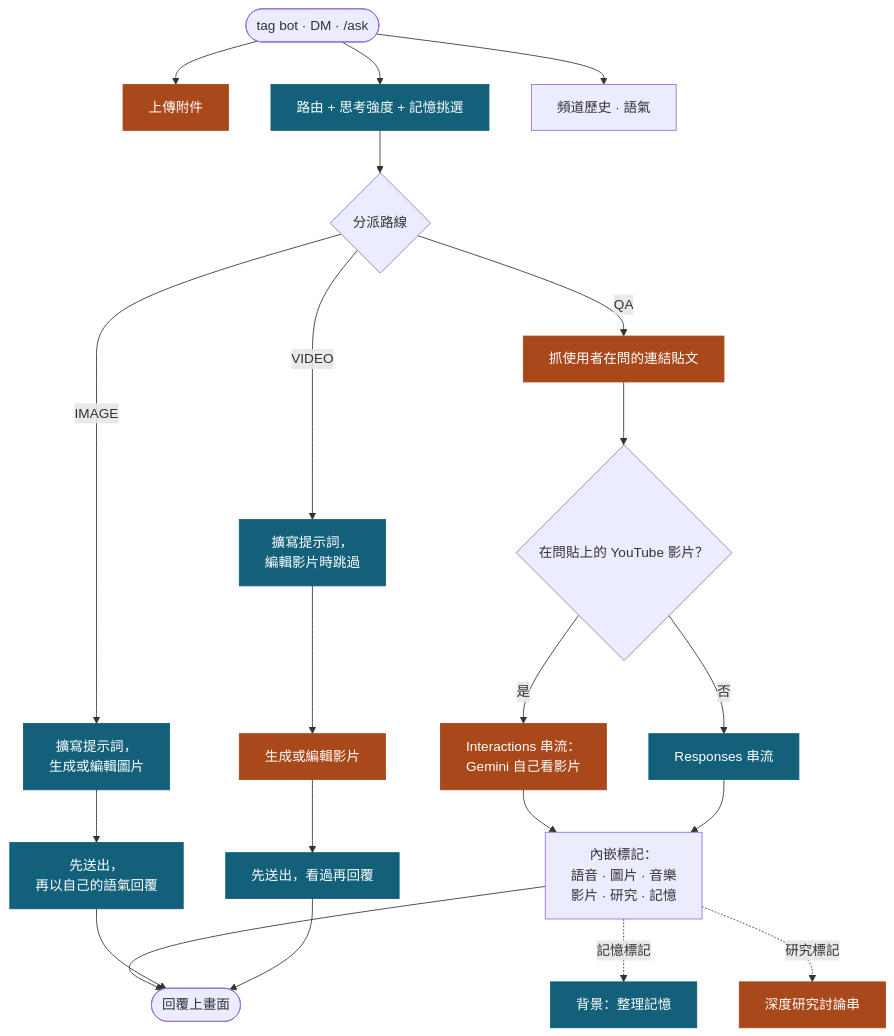
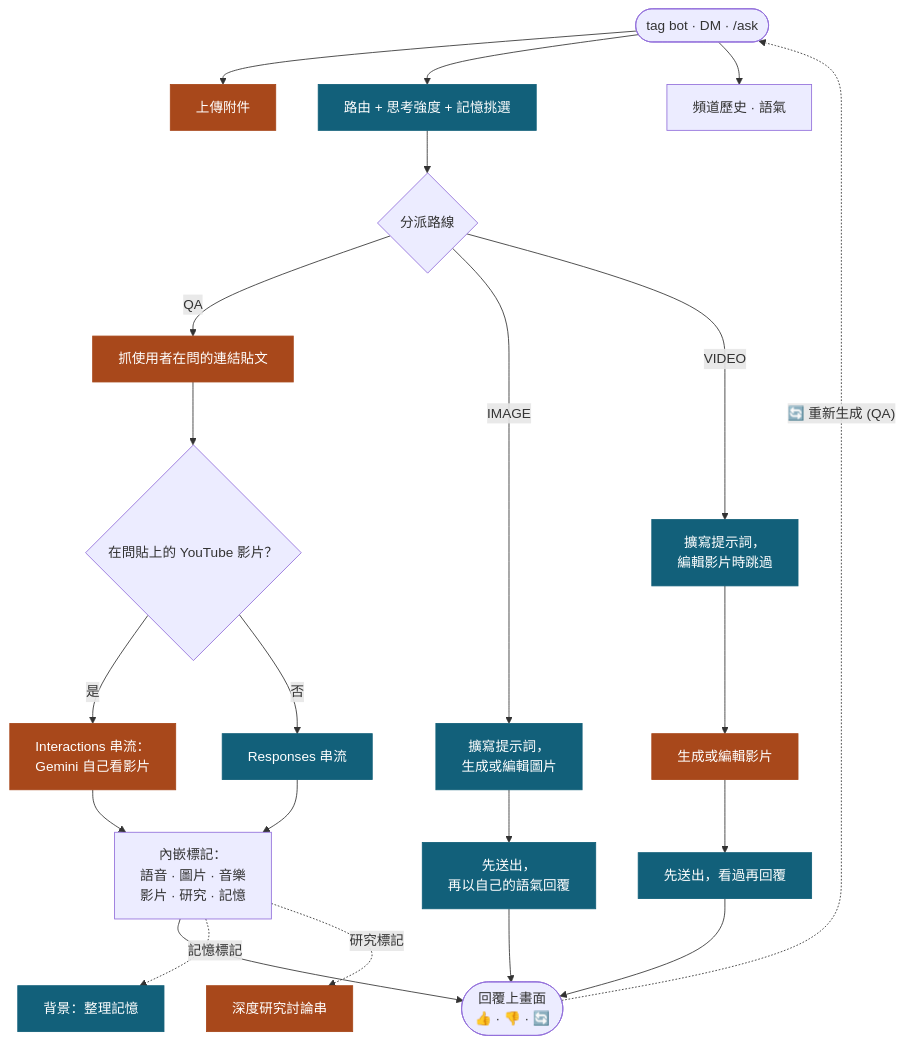
Before and after one commit to Mai0313/discordbot: the diagram in README.zh-TW.md, drawn with Mermaid. The commit also changed other lines of this file and 4 other files, not shown here.

Commit message:
docs: document reply feedback, blind test, and regeneration flow

````diff
--- a/README.zh-TW.md
+++ b/README.zh-TW.md
@@ -29,31 +29,32 @@
 ```mermaid
 flowchart TD
     U(["tag bot · DM · /ask"]) --> UP & RT & CX
 
     UP["上傳附件"]
     RT["路由 + 思考強度 + 記憶挑選"]
     CX["頻道歷史 · 語氣"]
 
     RT --> R{"分派路線"}
 
     R -->|QA| LF["抓使用者在問的連結貼文"]
     LF --> Y{"在問貼上的 YouTube 影片？"}
     Y -->|是| YT["Interactions 串流：<br/>Gemini 自己看影片"]
     Y -->|否| QS["Responses 串流"]
     YT & QS --> Q2["內嵌標記：<br/>語音 · 圖片 · 音樂<br/>影片 · 研究 · 記憶"]
 
     R -->|IMAGE| I1["擴寫提示詞，<br/>生成或編輯圖片"]
     I1 --> I2["先送出，<br/>再以自己的語氣回覆"]
     R -->|VIDEO| V1["擴寫提示詞，<br/>編輯影片時跳過"]
     V1 --> V2["生成或編輯影片"]
     V2 --> V3["先送出，看過再回覆"]
 
-    Q2 & I2 & V3 --> OUT(["回覆上畫面"])
+    Q2 & I2 & V3 --> OUT(["回覆上畫面<br/>👍 · 👎 · 🔄"])
     Q2 -.->|"記憶標記"| MM["背景：整理記憶"]
     Q2 -.->|"研究標記"| DR["深度研究討論串"]
+    OUT -.->|"🔄 重新生成 (QA)"| U
 
     classDef proxy fill:#12607a,stroke:#12607a,color:#ffffff
     classDef direct fill:#a8481b,stroke:#a8481b,color:#ffffff
     class RT,QS,I1,I2,V1,V3,MM proxy
     class UP,LF,YT,V2,DR direct
 ```
````
